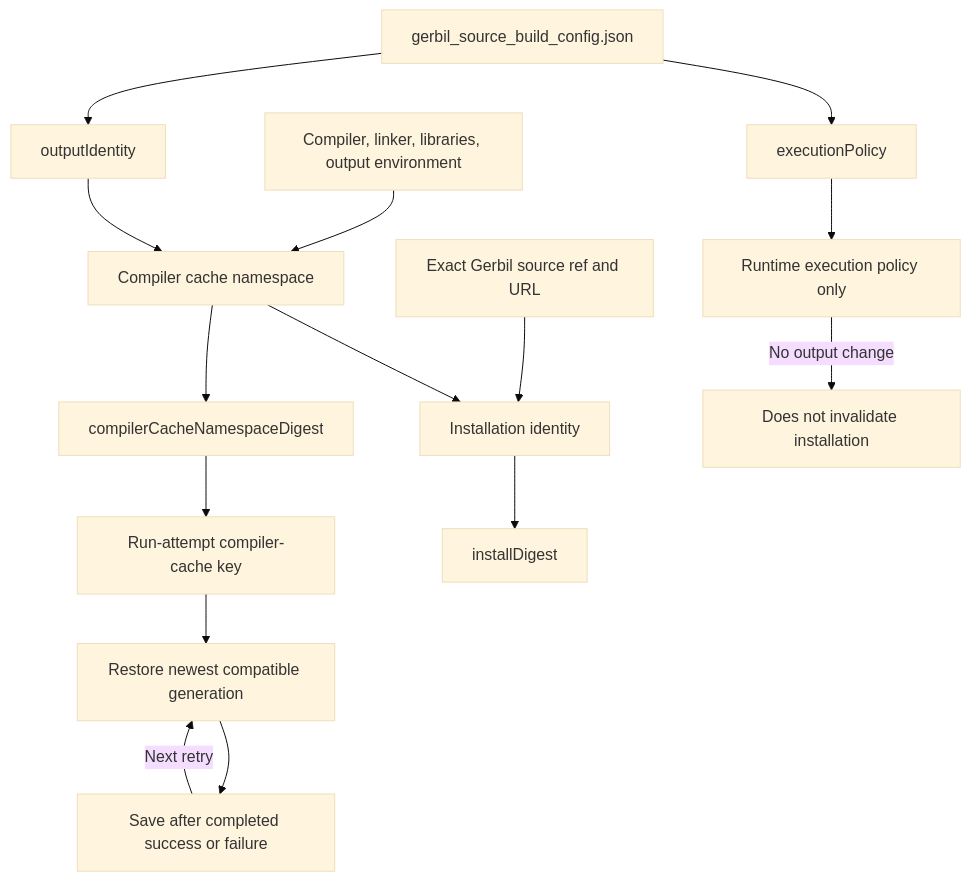
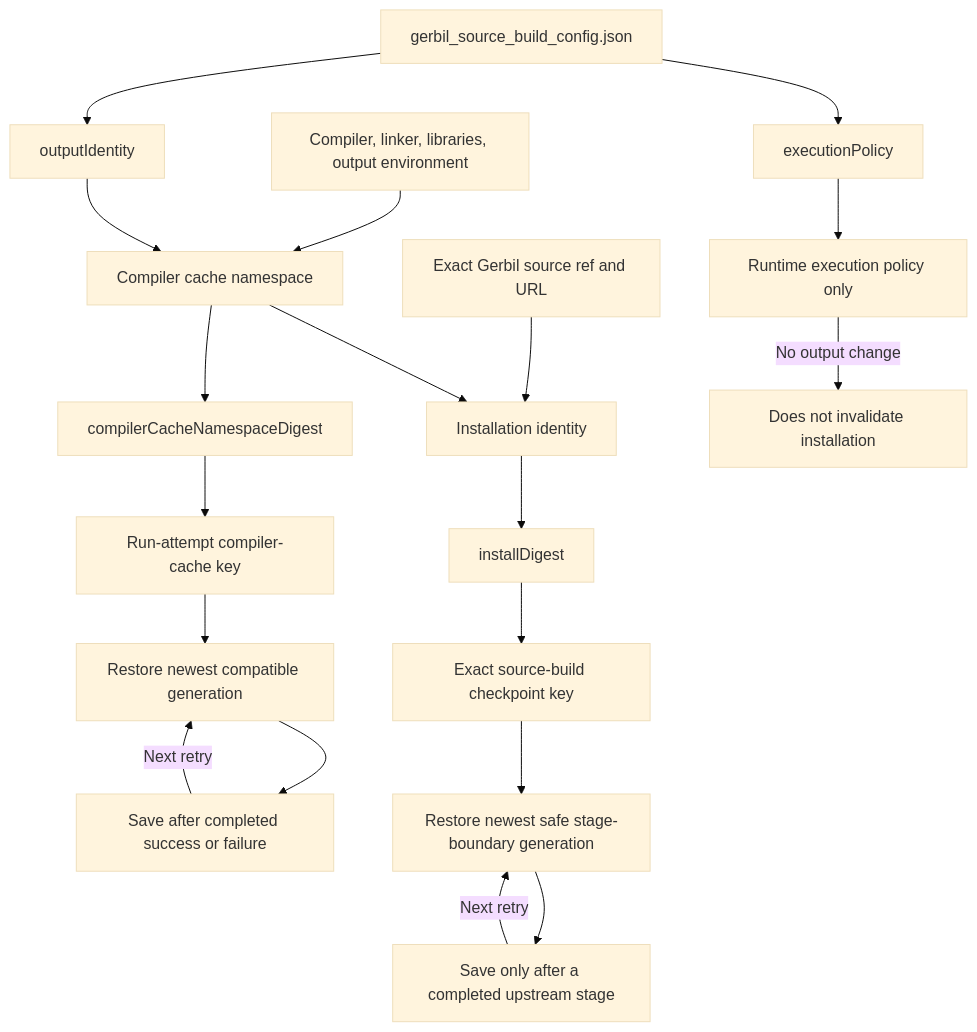
One commit to tao3k/gerbil-bazel changed the first of 3 diagrams in docs/rfc/0007-source-build-identity-v1.org. Above: the diagram before and after it, drawn with Mermaid (base theme). The commit also changed other lines of this file and 18 other files, not shown here.

Commit message:
ci: resume Gerbil builds from safe stage checkpoints

```diff
--- a/docs/rfc/0007-source-build-identity-v1.org
+++ b/docs/rfc/0007-source-build-identity-v1.org
@@ -28,17 +28,21 @@
 #+begin_src mermaid
 flowchart TD
   A["gerbil_source_build_config.json"] --> B["outputIdentity"]
   A --> C["executionPolicy"]
   D["Compiler, linker, libraries, output environment"] --> E["Compiler cache namespace"]
   B --> E
   E --> F["compilerCacheNamespaceDigest"]
   F --> L["Run-attempt compiler-cache key"]
   L --> M["Restore newest compatible generation"]
   M --> N["Save after completed success or failure"]
   N -->|"Next retry"| M
   G["Exact Gerbil source ref and URL"] --> H["Installation identity"]
   E --> H
   H --> I["installDigest"]
+  I --> O["Exact source-build checkpoint key"]
+  O --> P["Restore newest safe stage-boundary generation"]
+  P --> Q["Save only after a completed upstream stage"]
+  Q -->|"Next retry"| P
   C --> J["Runtime execution policy only"]
   J -->|"No output change"| K["Does not invalidate installation"]
 #+end_src
```
